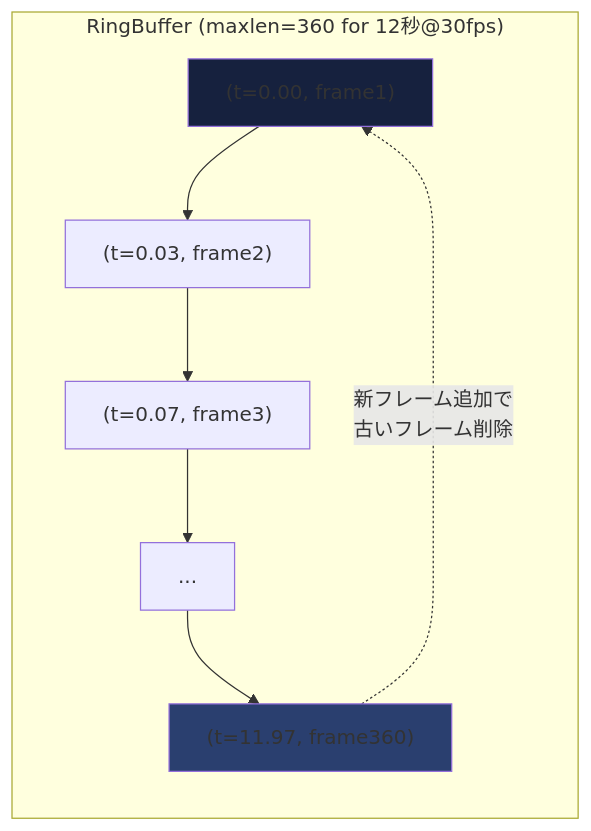
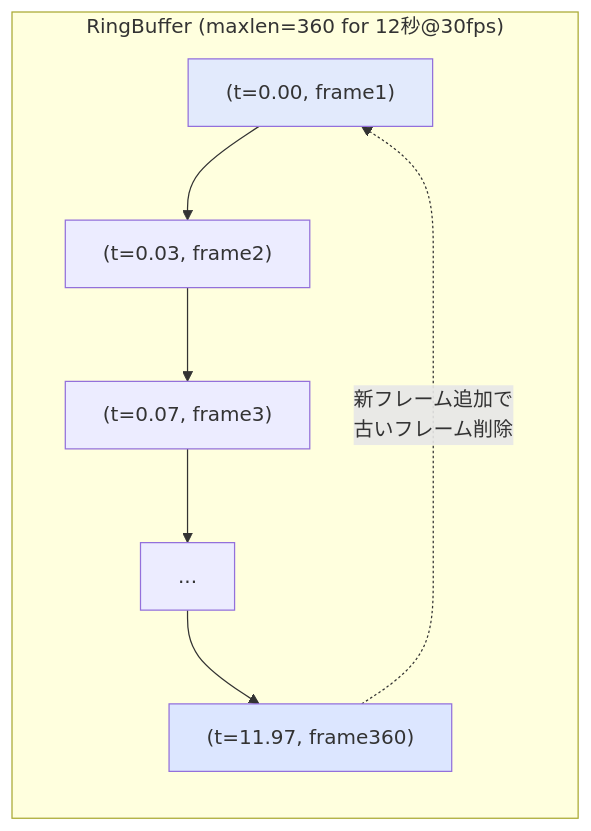
The fourth of 12 diagrams in documents/DETECTOR_COMPONENTS.md (Masakai/meteo), drawn with Mermaid before and after one commit. The commit also changed other lines of this file and 8 other files, not shown here.

Commit message:
- Mermaidダイアグラム用スタイルのカラーパレットを調整   - セーフティカラーを温和なトーンへ変更   - Mermaidテーマ設定のドキュメントやスクリプトを更新 - WebRTC/Go2RTC関連のドキュメント強化   - `go2rtc` コンテナ仕様、図解を追加   - ダッシュボード埋め込み方式とストリーミング設定を反映   - 構築手順にポートや依存関係情報を補足

````diff
--- a/documents/DETECTOR_COMPONENTS.md
+++ b/documents/DETECTOR_COMPONENTS.md
@@ -159,19 +159,19 @@
 ```mermaid
 graph LR
     subgraph "RingBuffer (maxlen=360 for 12秒@30fps)"
         F1["(t=0.00, frame1)"]
         F2["(t=0.03, frame2)"]
         F3["(t=0.07, frame3)"]
         Dots["..."]
         F360["(t=11.97, frame360)"]
     end
 
     F1 --> F2
     F2 --> F3
     F3 --> Dots
     Dots --> F360
     F360 -.->|"新フレーム追加で<br/>古いフレーム削除"| F1
 
-    style F1 fill:#16213e
-    style F360 fill:#2a3f6f
+    style F1 fill:#e2eafc
+    style F360 fill:#dce6ff
 ```
````
